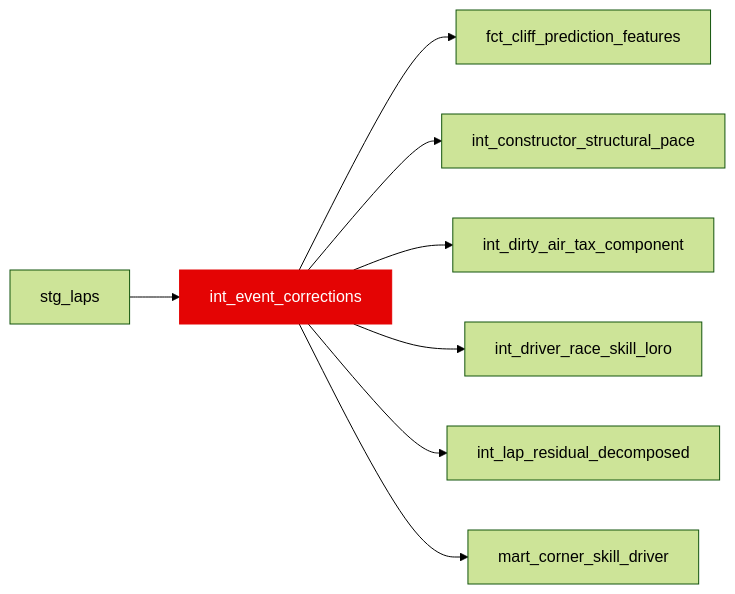
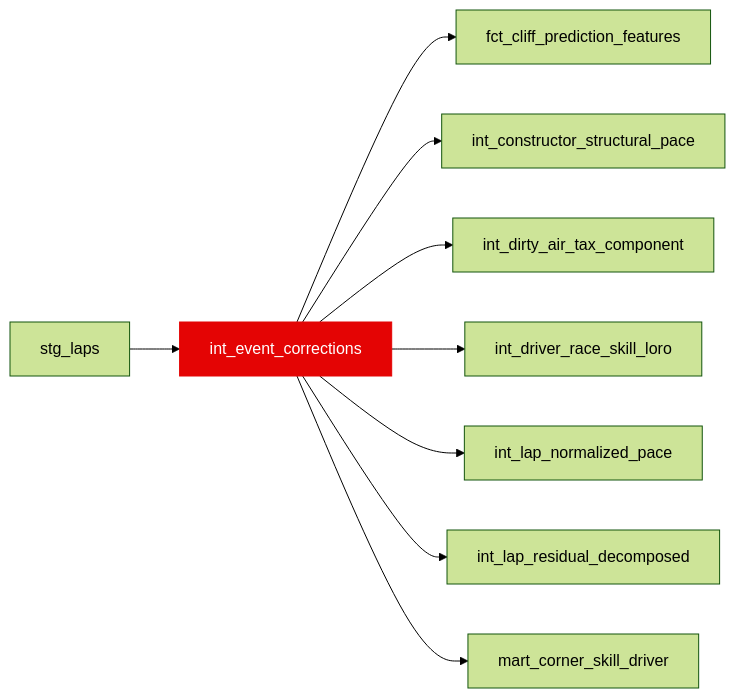
The diagram in docs/reference/models/int/int_event_corrections.mdx (JustinClarke/off-the-pace), drawn with Mermaid (forest theme) before and after one commit. The commit also changed 31 other files, not shown here.

Commit message:
new SQL model, ,  calculates the normalized lap pace by removing the effects of dirty air

````diff
--- a/docs/reference/models/int/int_event_corrections.mdx
+++ b/docs/reference/models/int/int_event_corrections.mdx
@@ -15,11 +15,12 @@
 ```mermaid
 flowchart LR
   stg_laps --> int_event_corrections
   int_event_corrections --> fct_cliff_prediction_features
   int_event_corrections --> int_constructor_structural_pace
   int_event_corrections --> int_dirty_air_tax_component
   int_event_corrections --> int_driver_race_skill_loro
+  int_event_corrections --> int_lap_normalized_pace
   int_event_corrections --> int_lap_residual_decomposed
   int_event_corrections --> mart_corner_skill_driver
   style int_event_corrections fill:#e40404,stroke:#e40404,color:#fff
 ```
````
